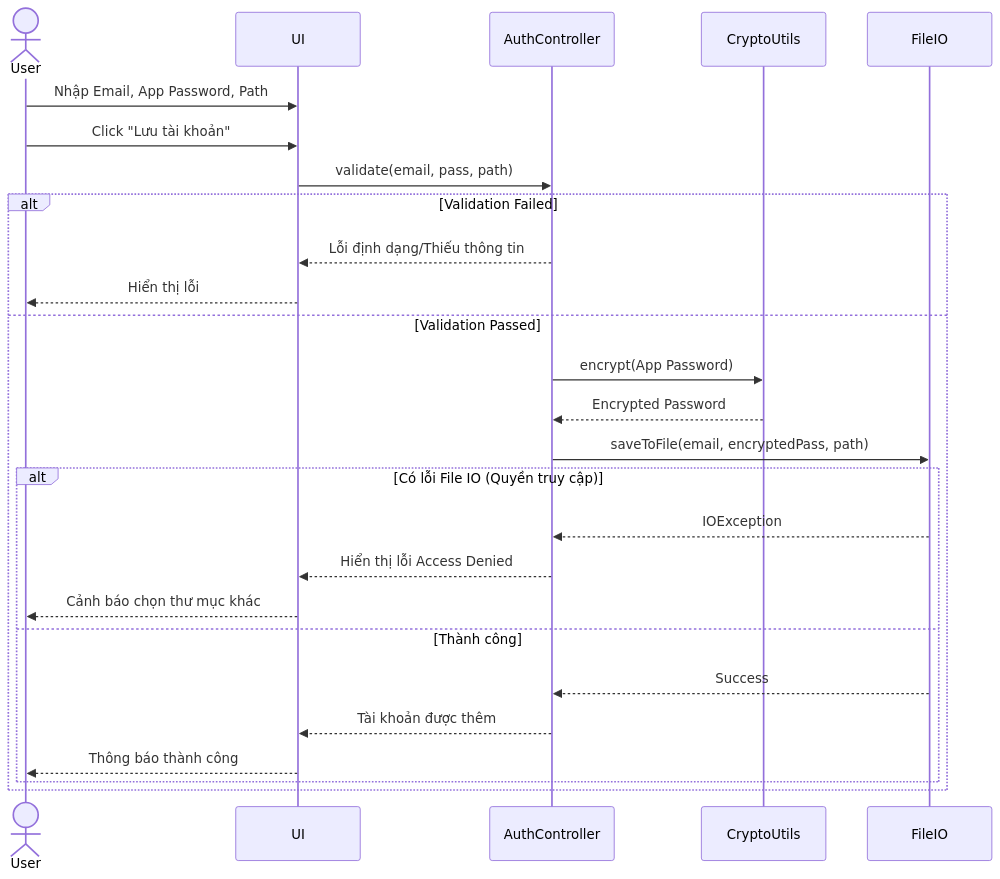
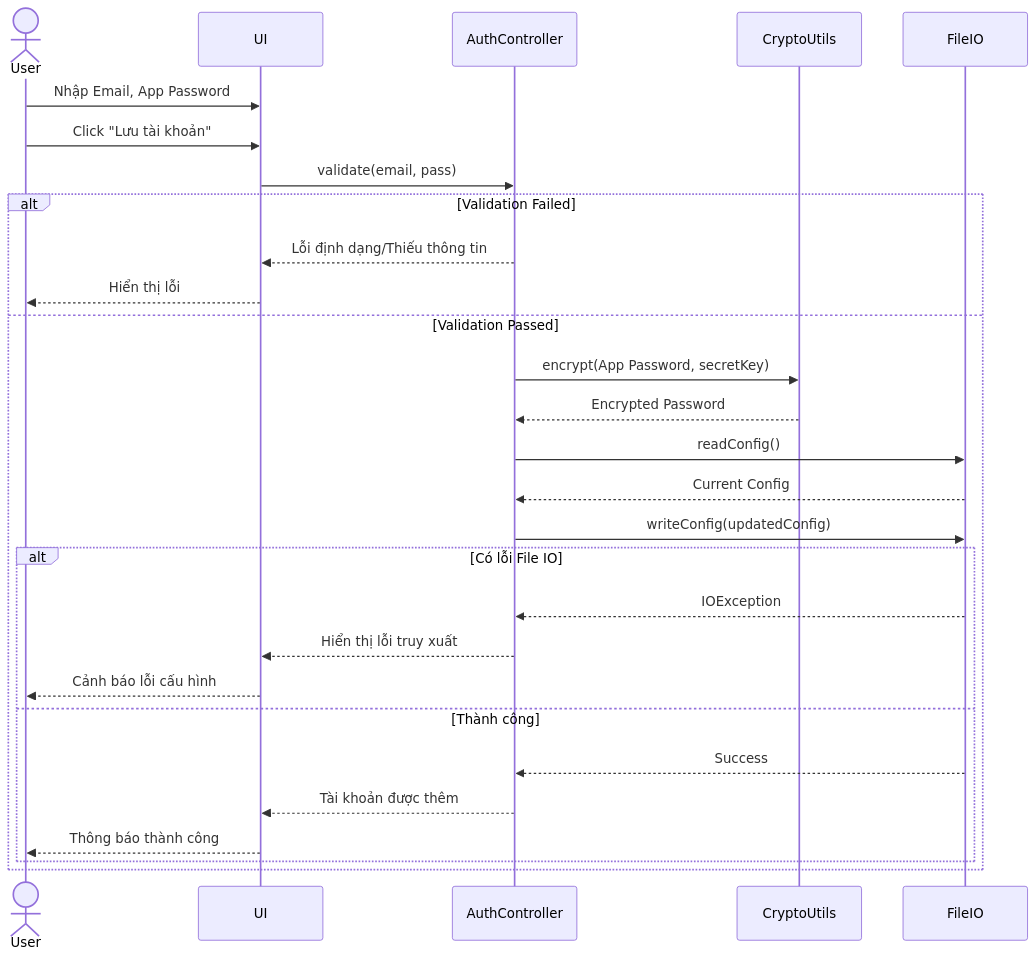
The second of 6 diagrams in document/Use Case Specification.md (vthiet/PrecisionMail), drawn with Mermaid before and after one commit. The commit also changed other lines of this file and 5 other files, not shown here.

````diff
--- a/document/Use Case Specification.md
+++ b/document/Use Case Specification.md
@@ -65,31 +69,33 @@
 ```mermaid
 sequenceDiagram
     actor User
     participant UI
     participant AuthController
     participant CryptoUtils
     participant FileIO
     
-    User->>UI: Nhập Email, App Password, Path
+    User->>UI: Nhập Email, App Password
     User->>UI: Click "Lưu tài khoản"
-    UI->>AuthController: validate(email, pass, path)
+    UI->>AuthController: validate(email, pass)
     
     alt Validation Failed
         AuthController-->>UI: Lỗi định dạng/Thiếu thông tin
         UI-->>User: Hiển thị lỗi
     else Validation Passed
-        AuthController->>CryptoUtils: encrypt(App Password)
+        AuthController->>CryptoUtils: encrypt(App Password, secretKey)
         CryptoUtils-->>AuthController: Encrypted Password
-        AuthController->>FileIO: saveToFile(email, encryptedPass, path)
+        AuthController->>FileIO: readConfig()
+        FileIO-->>AuthController: Current Config
+        AuthController->>FileIO: writeConfig(updatedConfig)
         
-        alt Có lỗi File IO (Quyền truy cập)
+        alt Có lỗi File IO
             FileIO-->>AuthController: IOException
-            AuthController-->>UI: Hiển thị lỗi Access Denied
-            UI-->>User: Cảnh báo chọn thư mục khác
+            AuthController-->>UI: Hiển thị lỗi truy xuất
+            UI-->>User: Cảnh báo lỗi cấu hình
         else Thành công
             FileIO-->>AuthController: Success
             AuthController-->>UI: Tài khoản được thêm
             UI-->>User: Thông báo thành công
         end
     end
 ```
````
